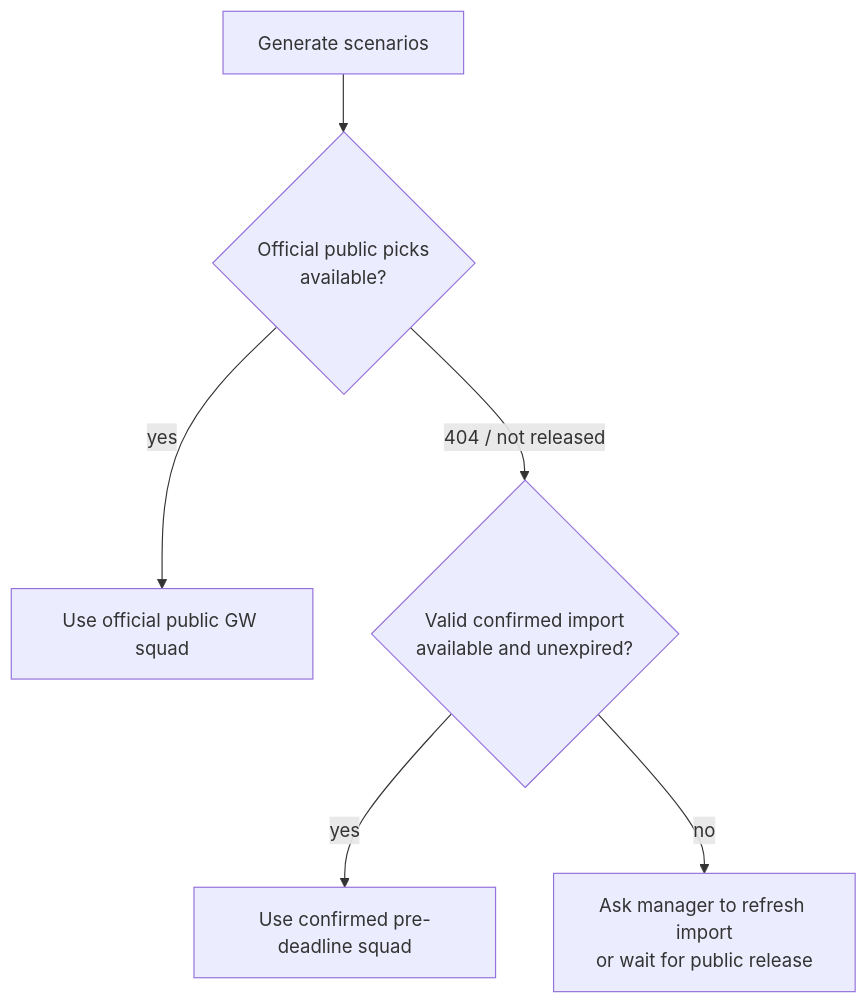
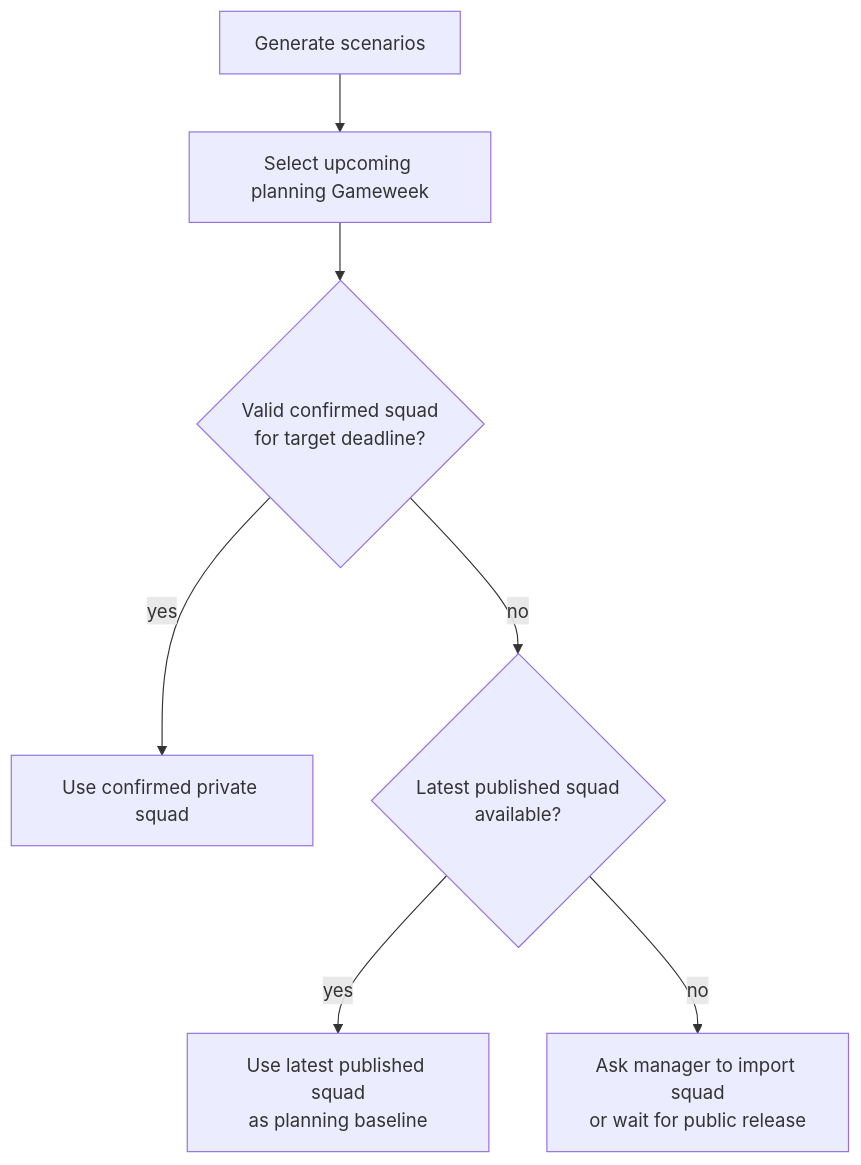
Before and after one commit to luoxiaobin/FPL_Dashboard: the second of 2 diagrams in docs/redesign/AS_BUILT_ARCHITECTURE_2026-27.md, drawn with Mermaid. The commit also changed other lines of this file and 15 other files, not shown here.

Commit message:
Fix post-Gameweek planning lifecycle

````diff
--- a/docs/redesign/AS_BUILT_ARCHITECTURE_2026-27.md
+++ b/docs/redesign/AS_BUILT_ARCHITECTURE_2026-27.md
@@ -81,15 +81,17 @@
 ```mermaid
 flowchart TD
   Start[Generate scenarios]
-  PublicPicks{Official public picks<br/>available?}
-  UsePublic[Use official public GW squad]
-  Saved{Valid confirmed import<br/>available and unexpired?}
-  UseSaved[Use confirmed pre-deadline squad]
-  Recover[Ask manager to refresh import<br/>or wait for public release]
+  Target[Select upcoming planning Gameweek]
+  Saved{Valid confirmed squad<br/>for target deadline?}
+  UseSaved[Use confirmed private squad]
+  PublicPicks{Latest published squad<br/>available?}
+  UsePublic[Use latest published squad<br/>as planning baseline]
+  Recover[Ask manager to import squad<br/>or wait for public release]
 
-  Start --> PublicPicks
+  Start --> Target
+  Target --> Saved
+  Saved -->|yes| UseSaved
+  Saved -->|no| PublicPicks
   PublicPicks -->|yes| UsePublic
-  PublicPicks -->|404 / not released| Saved
-  Saved -->|yes| UseSaved
-  Saved -->|no| Recover
+  PublicPicks -->|no| Recover
 ```
````
